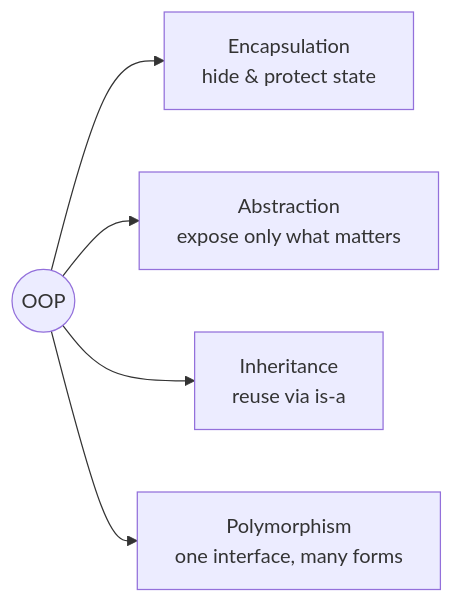
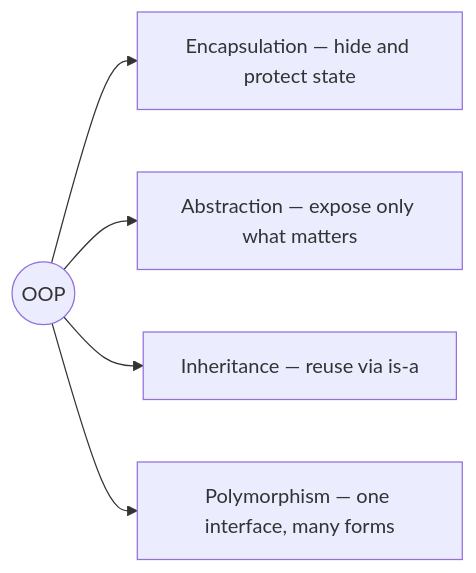
One commit to mohammad-mriesh-job/cortex changed the second of 2 diagrams in src/modules/oop/content/01-foundations/01-what-is-oop.md. Above: the diagram before and after it, drawn with Mermaid. The commit also changed other lines of this file and 257 other files, not shown here.

````diff
--- a/src/modules/oop/content/01-foundations/01-what-is-oop.md
+++ b/src/modules/oop/content/01-foundations/01-what-is-oop.md
@@ -87,7 +101,7 @@
 ```mermaid
 flowchart LR
-  OOP((OOP)) --> A[Encapsulation<br/>hide & protect state]
-  OOP --> B[Abstraction<br/>expose only what matters]
-  OOP --> C[Inheritance<br/>reuse via is-a]
-  OOP --> D[Polymorphism<br/>one interface, many forms]
+  OOP((OOP)) --> A["Encapsulation — hide and protect state"]
+  OOP --> B["Abstraction — expose only what matters"]
+  OOP --> C["Inheritance — reuse via is-a"]
+  OOP --> D["Polymorphism — one interface, many forms"]
 ```
````
